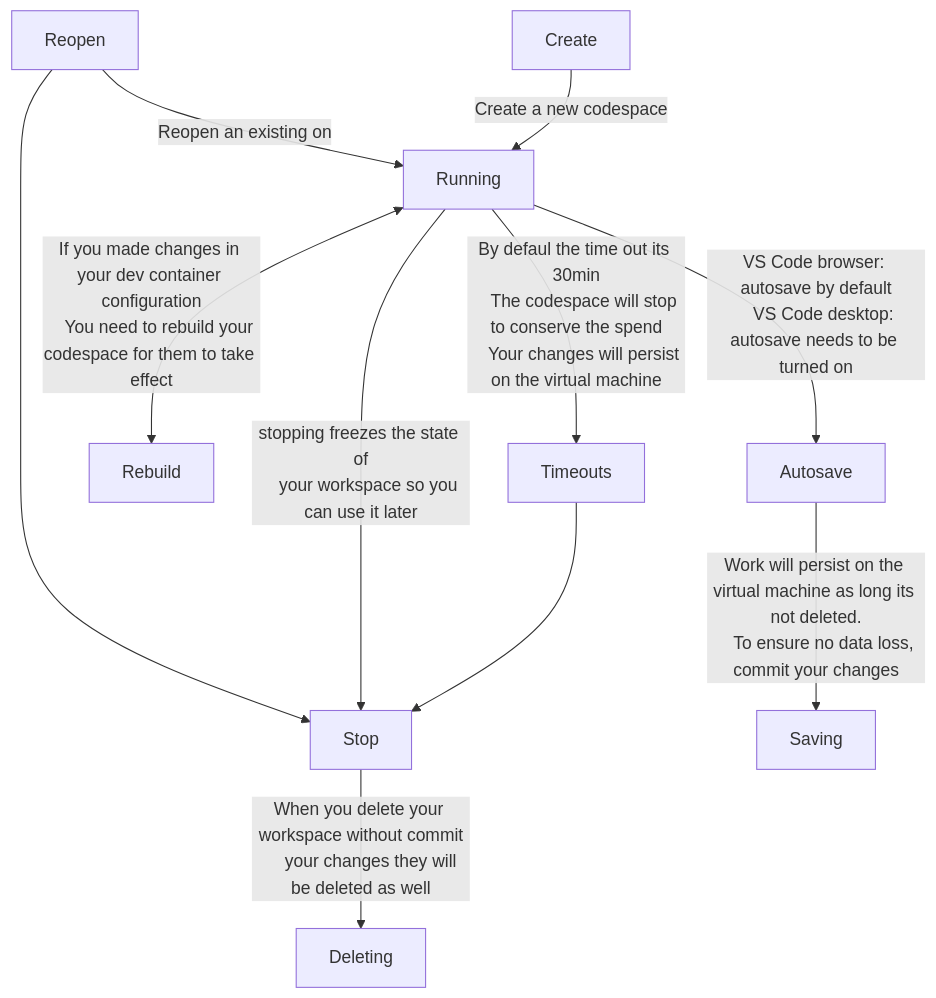
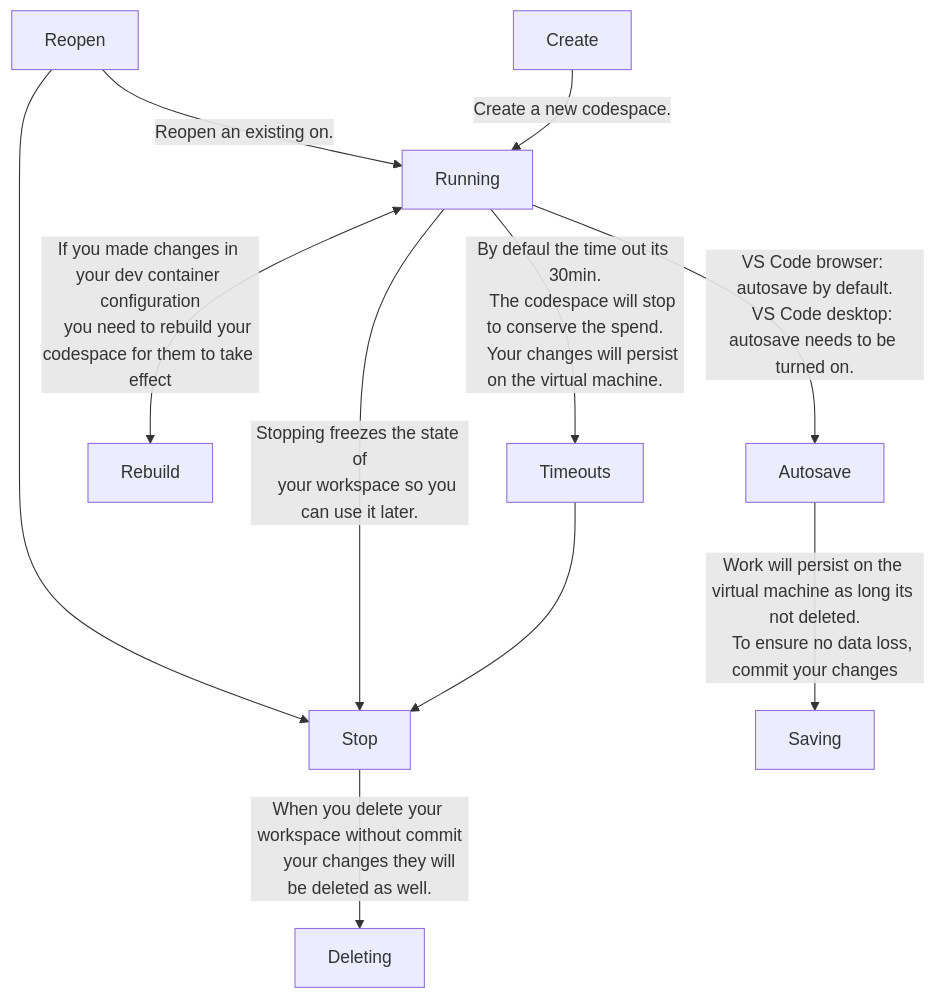
Before and after one commit to Andresmup/github-foundations: the diagram in 20_CODESPACES/Readme.md, drawn with Mermaid. The commit also changed other lines of this file and 22 other files, not shown here.

````diff
--- a/20_CODESPACES/Readme.md
+++ b/20_CODESPACES/Readme.md
@@ -87,21 +87,21 @@
 ```mermaid
 flowchart TD
-    B[Reopen] -->|Reopen an existing on| C[Running]
-    A[Create] -->|Create a new codespace| C[Running]
+    B[Reopen] -->|Reopen an existing on.| C[Running]
+    A[Create] -->|Create a new codespace.| C[Running]
     B[Reopen] --> D[Stop]
-    C[Running] -->|stopping freezes the state of
-    your workspace so you can use it later| D[Stop]
+    C[Running] -->|Stopping freezes the state of
+    your workspace so you can use it later.| D[Stop]
     D[Stop] -->|When you delete your workspace without commit
-     your changes they will be deleted as well| E[Deleting]
-    C[Running] -->|By defaul the time out its 30min
-    The codespace will stop to conserve the spend
-    Your changes will persist on the virtual machine| F[Timeouts]
+     your changes they will be deleted as well.| E[Deleting]
+    C[Running] -->|By defaul the time out its 30min.
+    The codespace will stop to conserve the spend.
+    Your changes will persist on the virtual machine.| F[Timeouts]
     C[Running] <-->|If you made changes in your dev container configuration
-    You need to rebuild your codespace for them to take effect| G[Rebuild]
-    C[Running] -->|VS Code browser: autosave by default
-    VS Code desktop: autosave needs to be turned on| H[Autosave]
+    you need to rebuild your codespace for them to take effect| G[Rebuild]
+    C[Running] -->|VS Code browser: autosave by default.
+    VS Code desktop: autosave needs to be turned on.| H[Autosave]
     H[Autosave] --> |Work will persist on the virtual machine as long its not deleted.
     To ensure no data loss, commit your changes| I[Saving]
     F[Timeouts] --> D[Stop]
 
 ```
````
